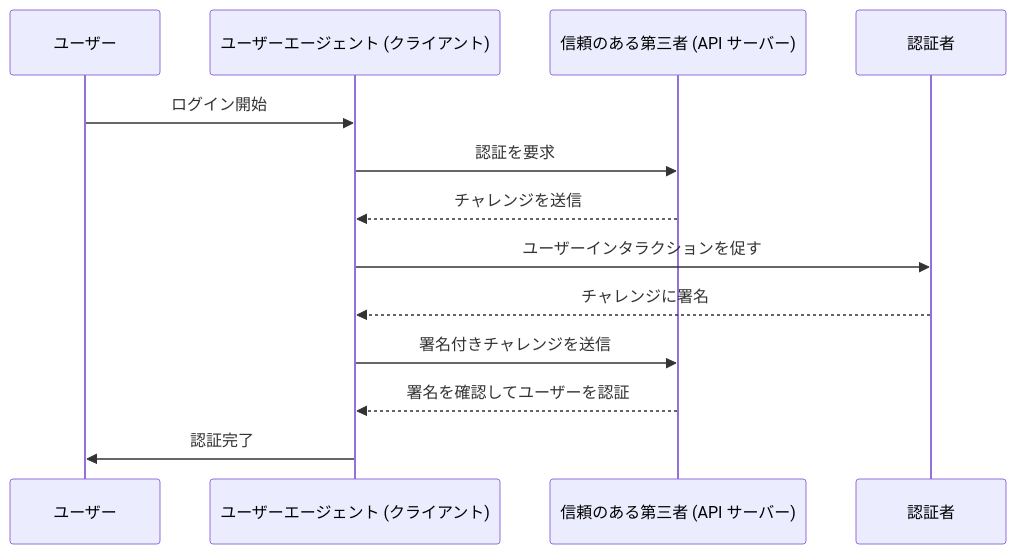
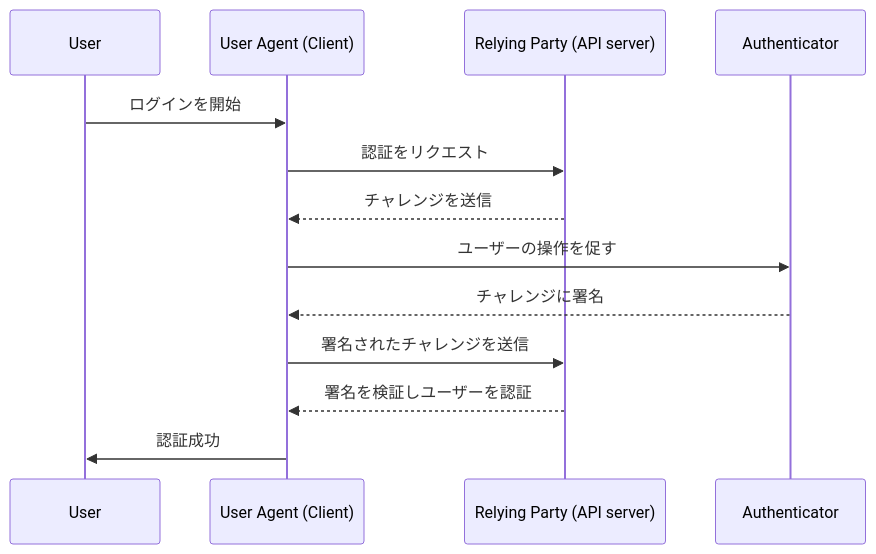
Before and after one commit to logto-io/auth-wiki: the second of 2 diagrams in src/content/terms/ja/webauthn.mdx, drawn with Mermaid. The commit also changed other lines of this file and 98 other files, not shown here.

````diff
--- a/src/content/terms/ja/webauthn.mdx
+++ b/src/content/terms/ja/webauthn.mdx
@@ -67,16 +75,16 @@
 ```mermaid
 sequenceDiagram
-	participant ユーザー
-	participant ユーザーエージェント (クライアント)
-	participant 信頼のある第三者 (API サーバー)
-	participant 認証者
+	participant User
+	participant User Agent (Client)
+	participant Relying Party (API server)
+	participant Authenticator
 
-	ユーザー ->> ユーザーエージェント (クライアント): ログイン開始
-	ユーザーエージェント (クライアント) ->> 信頼のある第三者 (API サーバー): 認証を要求
-	信頼のある第三者 (API サーバー) -->> ユーザーエージェント (クライアント): チャレンジを送信
-	ユーザーエージェント (クライアント) ->> 認証者: ユーザーインタラクションを促す
-	認証者 -->> ユーザーエージェント (クライアント): チャレンジに署名
-	ユーザーエージェント (クライアント) ->> 信頼のある第三者 (API サーバー): 署名付きチャレンジを送信
-	信頼のある第三者 (API サーバー) -->> ユーザーエージェント (クライアント): 署名を確認してユーザーを認証
-	ユーザーエージェント (クライアント) ->> ユーザー: 認証完了
+	User ->> User Agent (Client): ログインを開始
+	User Agent (Client) ->> Relying Party (API server): 認証をリクエスト
+	Relying Party (API server) -->> User Agent (Client): チャレンジを送信
+	User Agent (Client) ->> Authenticator: ユーザーの操作を促す
+	Authenticator -->> User Agent (Client): チャレンジに署名
+	User Agent (Client) ->> Relying Party (API server): 署名されたチャレンジを送信
+	Relying Party (API server) -->> User Agent (Client): 署名を検証しユーザーを認証
+	User Agent (Client) ->> User: 認証成功
 ```
````
